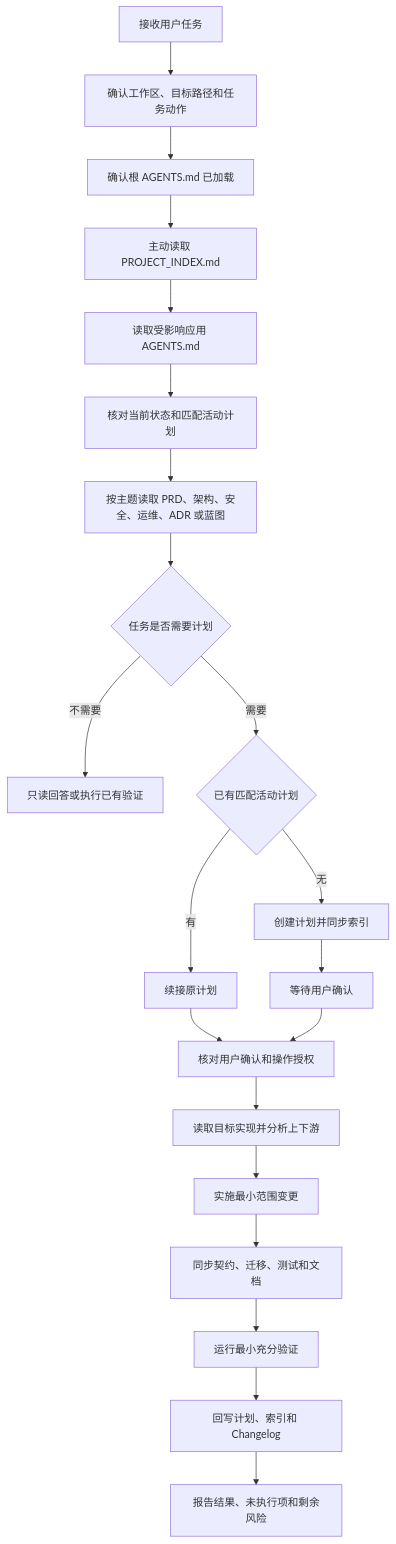
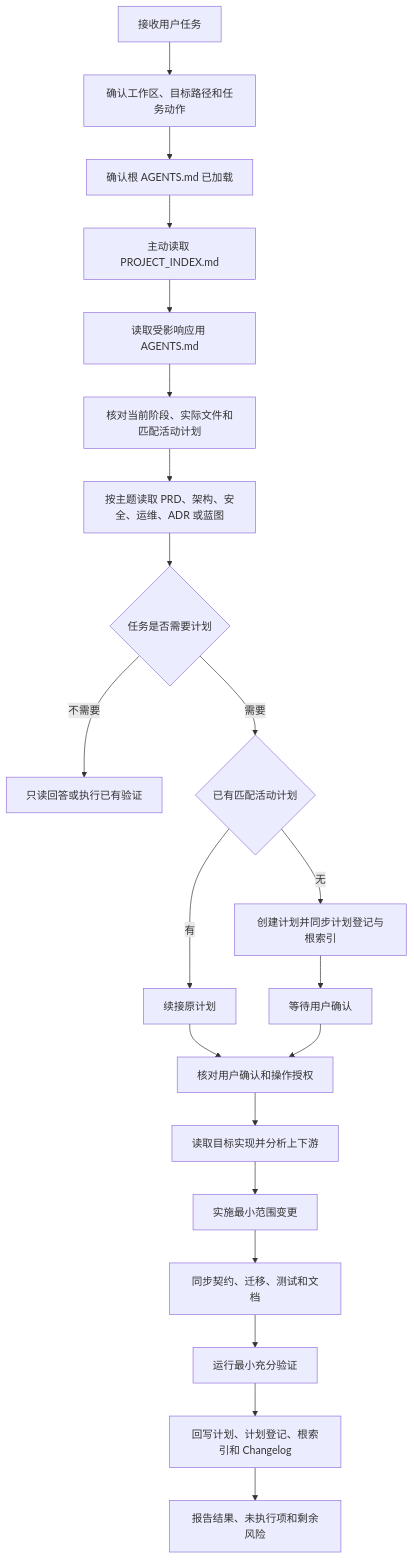
The diagram in docs/operations/ai-assisted-development-workflow.md (jinmozhe/pinjie-fullstack-base), drawn with Mermaid before and after one commit. The commit also changed other lines of this file and 16 other files, not shown here.

````diff
--- a/docs/operations/ai-assisted-development-workflow.md
+++ b/docs/operations/ai-assisted-development-workflow.md
@@ -217,23 +218,23 @@
 ```mermaid
 flowchart TD
     A["接收用户任务"] --> B["确认工作区、目标路径和任务动作"]
     B --> C["确认根 AGENTS.md 已加载"]
     C --> D["主动读取 PROJECT_INDEX.md"]
     D --> E["读取受影响应用 AGENTS.md"]
-    E --> F["核对当前状态和匹配活动计划"]
+    E --> F["核对当前阶段、实际文件和匹配活动计划"]
     F --> G["按主题读取 PRD、架构、安全、运维、ADR 或蓝图"]
     G --> H{"任务是否需要计划"}
     H -->|"不需要"| I["只读回答或执行已有验证"]
     H -->|"需要"| J{"已有匹配活动计划"}
     J -->|"有"| K["续接原计划"]
-    J -->|"无"| L["创建计划并同步索引"]
+    J -->|"无"| L["创建计划并同步计划登记与根索引"]
     K --> M["核对用户确认和操作授权"]
     L --> N["等待用户确认"]
     N --> M
     M --> O["读取目标实现并分析上下游"]
     O --> P["实施最小范围变更"]
     P --> Q["同步契约、迁移、测试和文档"]
     Q --> R["运行最小充分验证"]
-    R --> S["回写计划、索引和 Changelog"]
+    R --> S["回写计划、计划登记、根索引和 Changelog"]
     S --> T["报告结果、未执行项和剩余风险"]
 ```
````
